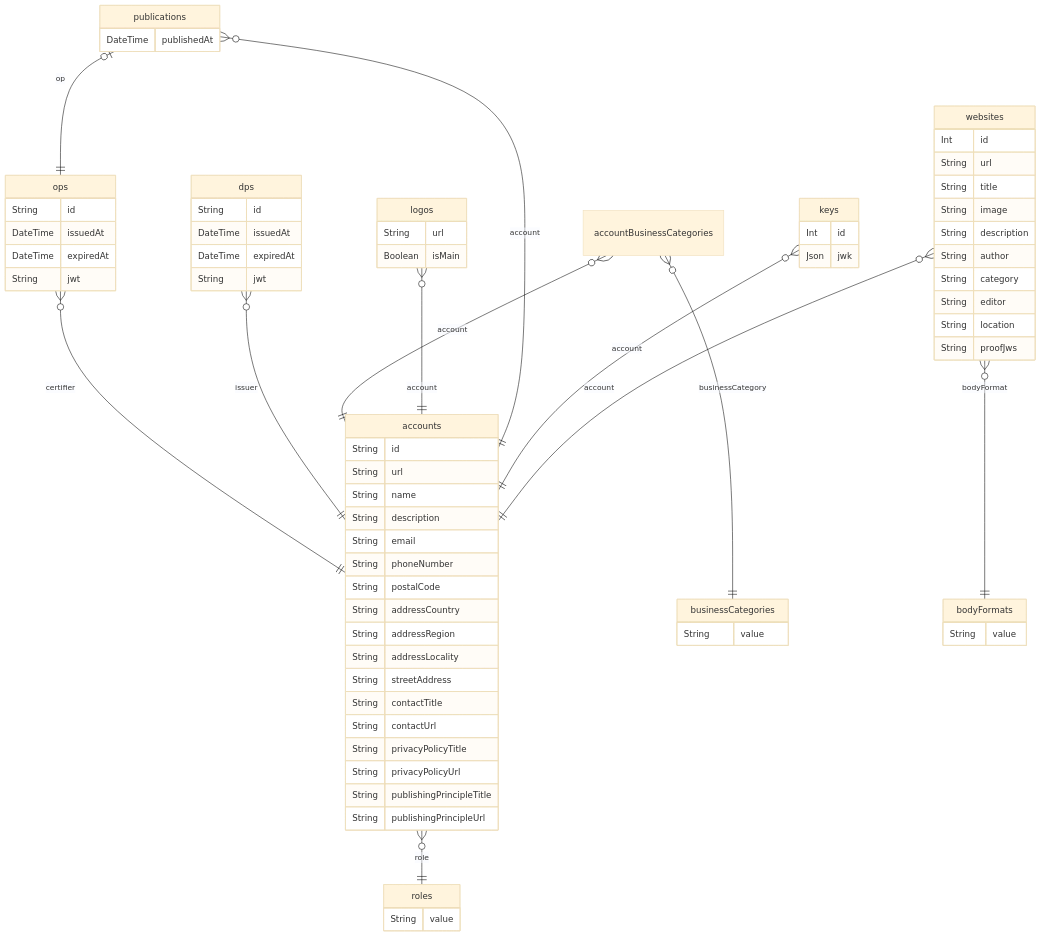
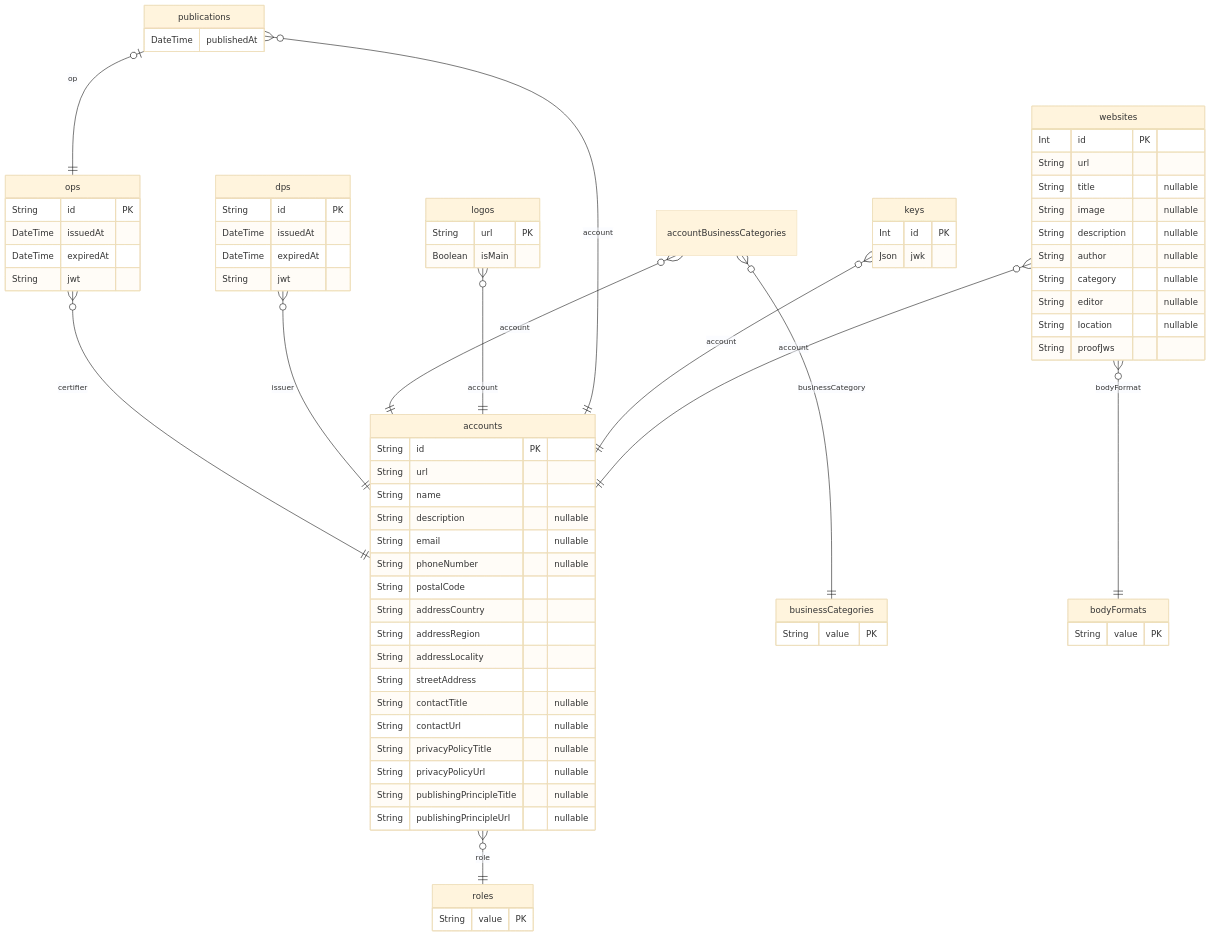
Before and after one commit to originator-profile/profile-share: the diagram in docs/registry/assets/erd.md, drawn with Mermaid (base theme). The commit also changed 12 other files, not shown here.

```diff
--- a/docs/registry/assets/erd.md
+++ b/docs/registry/assets/erd.md
@@ -2,90 +2,90 @@
 erDiagram
 
   ops {
-      String id
-    DateTime issuedAt
-    DateTime expiredAt
-    String jwt
+    String id PK 
+    DateTime issuedAt  
+    DateTime expiredAt  
+    String jwt  
     }
   
 
   dps {
-      String id
-    DateTime issuedAt
-    DateTime expiredAt
-    String jwt
+    String id PK 
+    DateTime issuedAt  
+    DateTime expiredAt  
+    String jwt  
     }
   
 
   accounts {
-      String id
-    String url
-    String name
-    String description
-    String email
-    String phoneNumber
-    String postalCode
-    String addressCountry
-    String addressRegion
-    String addressLocality
-    String streetAddress
-    String contactTitle
-    String contactUrl
-    String privacyPolicyTitle
-    String privacyPolicyUrl
-    String publishingPrincipleTitle
-    String publishingPrincipleUrl
+    String id PK 
+    String url  
+    String name  
+    String description  "nullable"
+    String email  "nullable"
+    String phoneNumber  "nullable"
+    String postalCode  
+    String addressCountry  
+    String addressRegion  
+    String addressLocality  
+    String streetAddress  
+    String contactTitle  "nullable"
+    String contactUrl  "nullable"
+    String privacyPolicyTitle  "nullable"
+    String privacyPolicyUrl  "nullable"
+    String publishingPrincipleTitle  "nullable"
+    String publishingPrincipleUrl  "nullable"
     }
   
 
   roles {
-      String value
+    String value PK 
     }
   
 
   businessCategories {
-      String value
+    String value PK 
     }
   
 
   accountBusinessCategories {
-  
+
     }
   
 
   logos {
-      String url
-    Boolean isMain
+    String url PK 
+    Boolean isMain  
     }
   
 
   publications {
-      DateTime publishedAt
+    DateTime publishedAt  
     }
   
 
   keys {
-      Int id
-    Json jwk
+    Int id PK 
+    Json jwk  
     }
   
 
   websites {
-      Int id
-    String url
-    String title
-    String image
-    String description
-    String author
-    String category
-    String editor
-    String location
-    String proofJws
+    Int id PK 
+    String url  
+    String title  "nullable"
+    String image  "nullable"
+    String description  "nullable"
+    String author  "nullable"
+    String category  "nullable"
+    String editor  "nullable"
+    String location  "nullable"
+    String proofJws  
     }
   
 
   bodyFormats {
-      String value
+    String value PK 
     }
   
     ops o{--|| accounts : "certifier"
```
